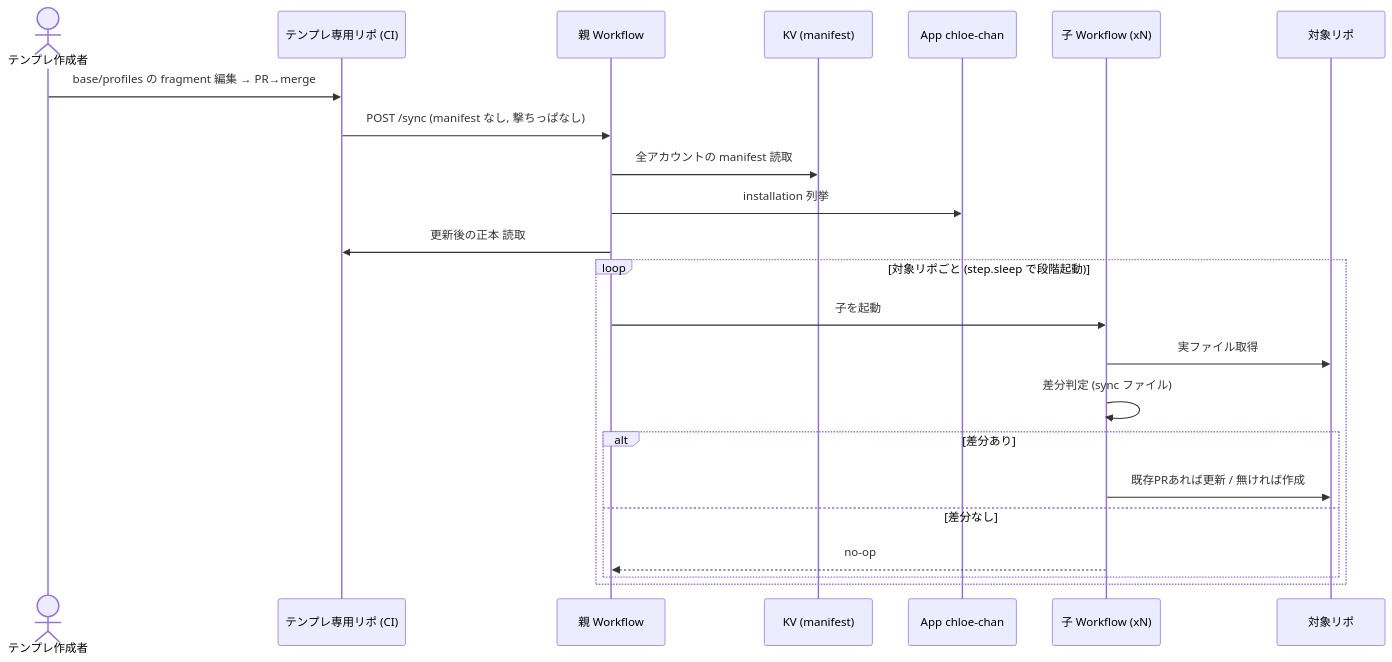
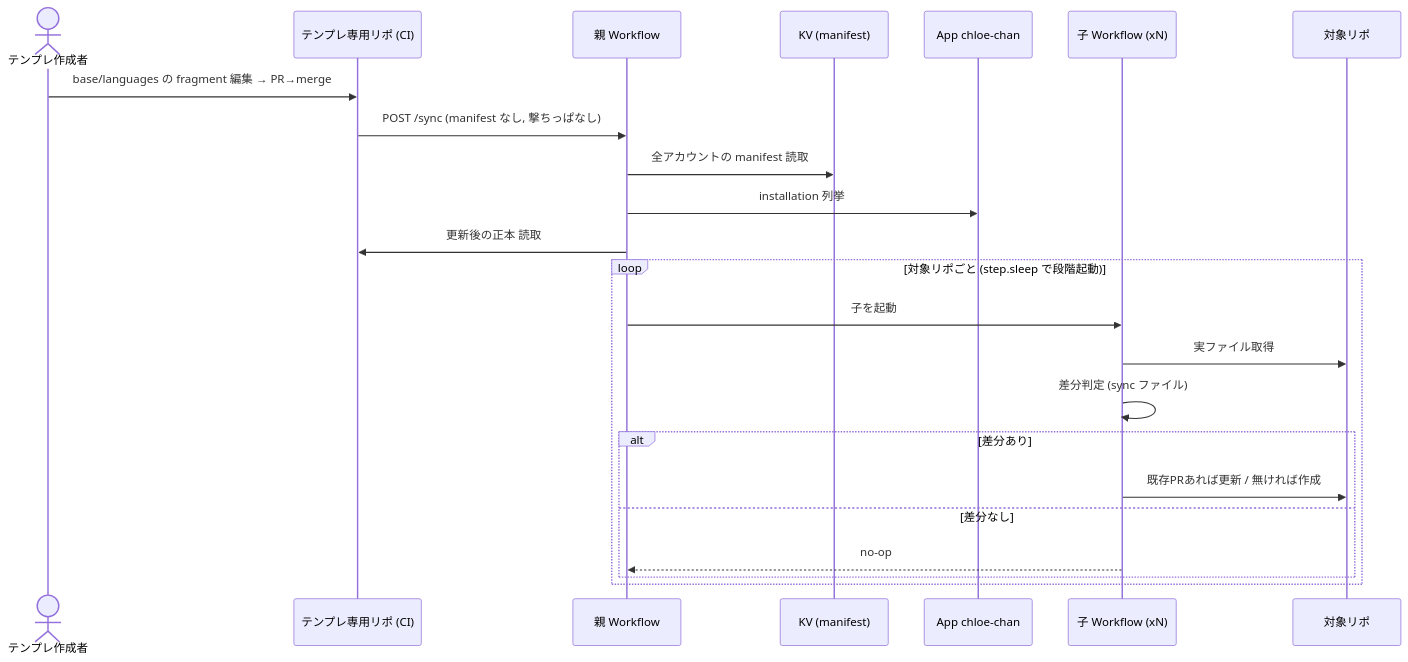
Before and after one commit to bright-room/repository-fanout: the fourth of 6 diagrams in docs/superpowers/specs/2026-06-26-repository-fanout-design.md, drawn with Mermaid. The commit also changed other lines of this file and 16 other files, not shown here.

First line of the commit message:
docs: switch declaration axis from profiles to languages (single axis)

````diff
--- a/docs/superpowers/specs/2026-06-26-repository-fanout-design.md
+++ b/docs/superpowers/specs/2026-06-26-repository-fanout-design.md
@@ -492,26 +495,26 @@
 ```mermaid
 sequenceDiagram
   actor T as テンプレ作成者
   participant TR as テンプレ専用リポ (CI)
   participant P as 親 Workflow
   participant KV as KV (manifest)
   participant CHL as App chloe-chan
   participant C as 子 Workflow (xN)
   participant Repo as 対象リポ
 
-  T->>TR: base/profiles の fragment 編集 → PR→merge
+  T->>TR: base/languages の fragment 編集 → PR→merge
   TR->>P: POST /sync (manifest なし, 撃ちっぱなし)
   P->>KV: 全アカウントの manifest 読取
   P->>CHL: installation 列挙
   P->>TR: 更新後の正本 読取
   loop 対象リポごと (step.sleep で段階起動)
     P->>C: 子を起動
     C->>Repo: 実ファイル取得
     C->>C: 差分判定 (sync ファイル)
     alt 差分あり
       C->>Repo: 既存PRあれば更新 / 無ければ作成
     else 差分なし
       C-->>P: no-op
     end
   end
 ```
````
